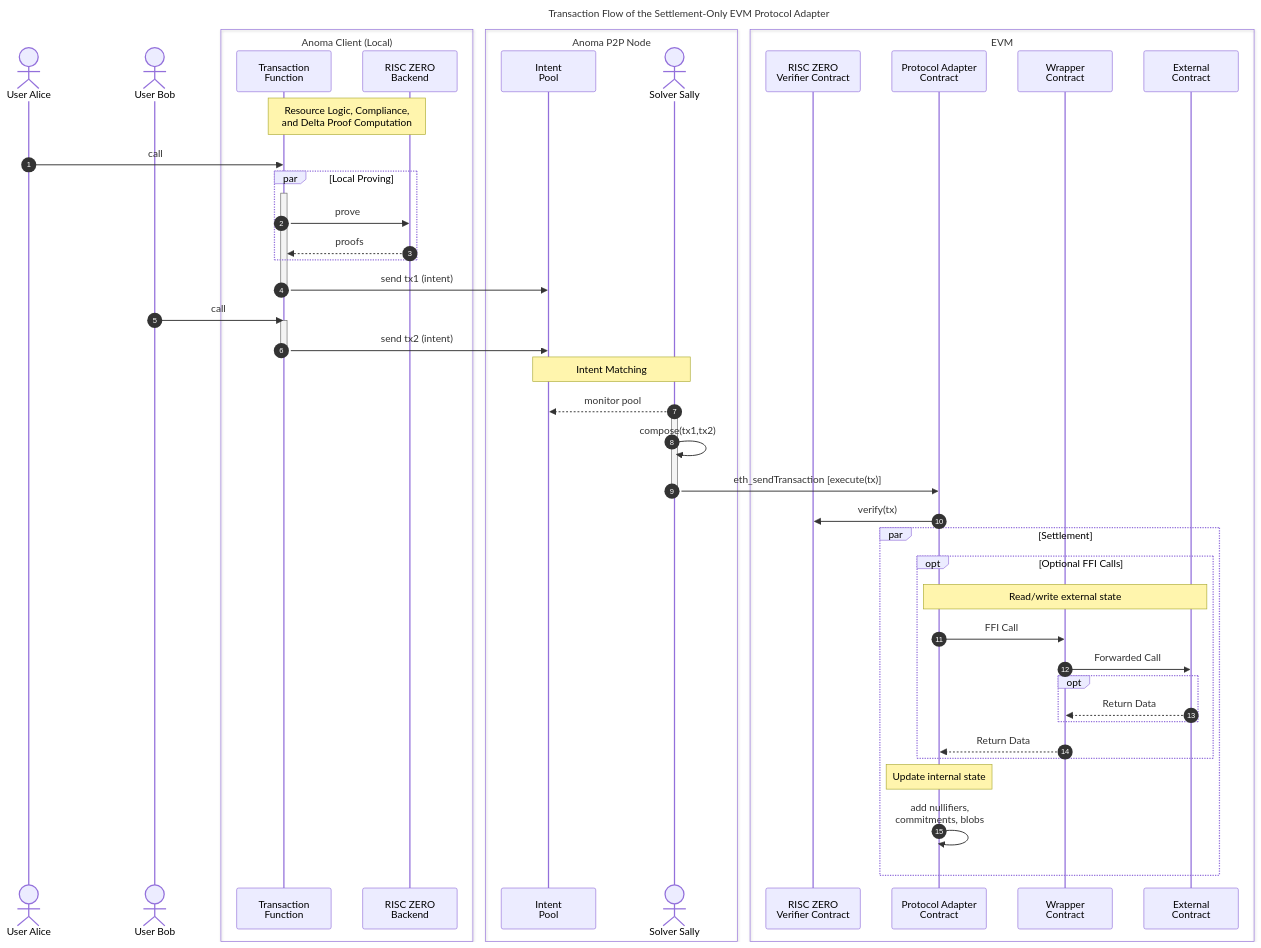
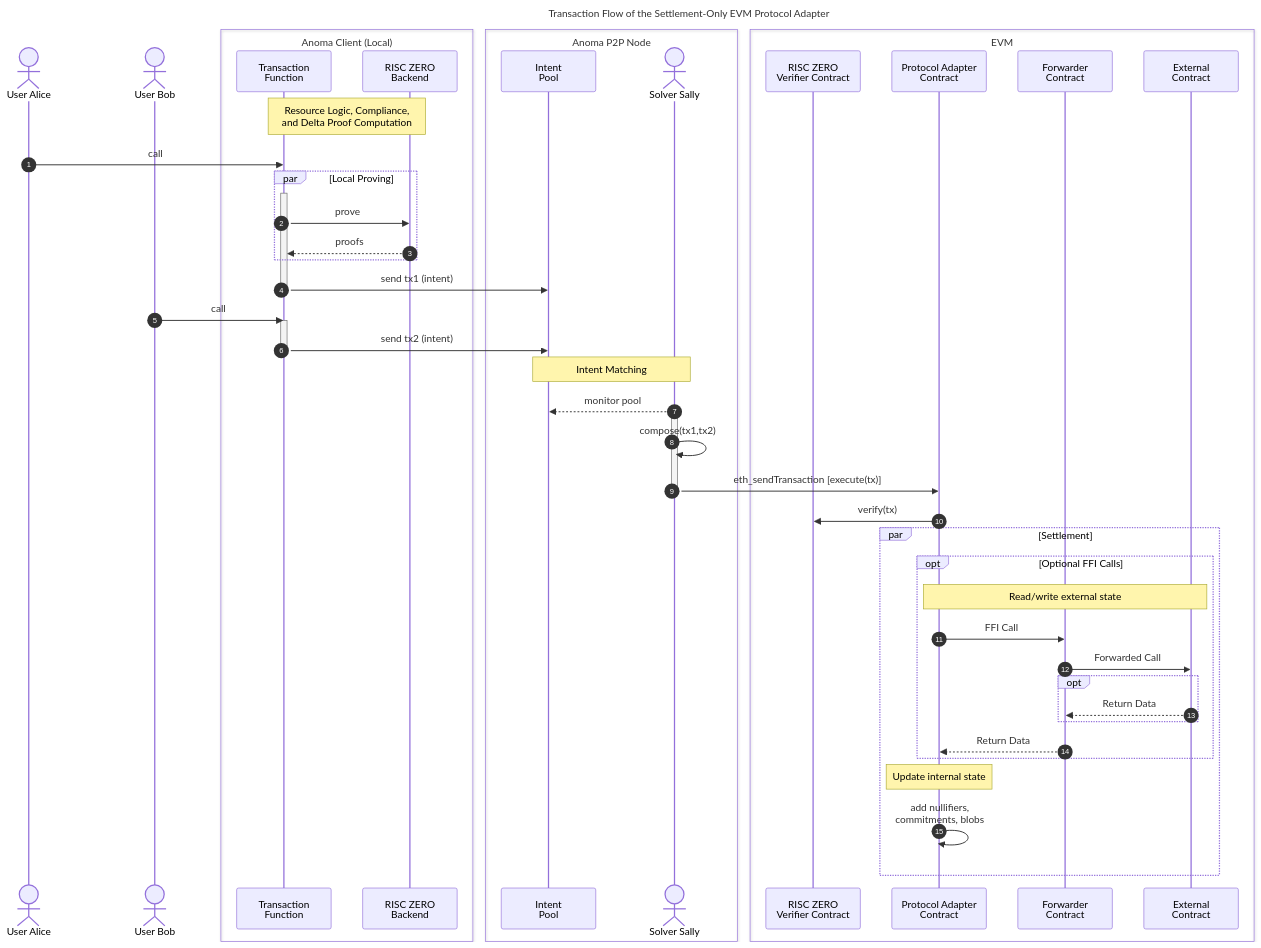
Before and after one commit to anoma/nspec: the second of 2 diagrams in docs/arch/integrations/adapters/evm.md, drawn with Mermaid. The commit also changed other lines of this file, not shown here.

````diff
--- a/docs/arch/integrations/adapters/evm.md
+++ b/docs/arch/integrations/adapters/evm.md
@@ -273,69 +272,69 @@
 ```mermaid
 sequenceDiagram
   autonumber
   title: Transaction Flow of the Settlement-Only EVM Protocol Adapter
 
 
   actor Alice as User Alice
   actor Bob as User Bob
 
   Note over TF, R0B: Resource Logic, Compliance, <br> and Delta Proof Computation
   box Anoma Client (Local)
     participant TF as Transaction<br>Function
     participant R0B as RISC ZERO<br>Backend
   end
 
   Alice ->> TF: call
 
   par Local Proving
   activate TF
     TF ->> R0B: prove
     R0B -->> TF: proofs
   end
   TF ->> IP: send tx1 (intent)
   deactivate TF
 
   Bob ->> TF: call
 
   activate TF
     TF ->> IP: send tx2 (intent)
   deactivate TF
 
   Note over IP, Sally: Intent Matching
   box Anoma P2P Node
     participant IP as Intent<br>Pool
     actor Sally as Solver Sally
   end
 
   Sally -->> IP: monitor pool
   activate Sally
     Sally ->> Sally: compose(tx1,tx2)
 
     box EVM
       participant R0V as RISC ZERO<br>Verifier Contract
       participant PA as Protocol Adapter<br>Contract
-      participant Wrapper as Wrapper<br>Contract
+      participant Forwarder as Forwarder<br>Contract
       participant Ext as External<br>Contract
     end
     Sally ->> PA: eth_sendTransaction [execute(tx)]
   deactivate Sally
 
   %%par verify(tx)
   PA ->> R0V: verify(tx)
   %%end
 
   par Settlement
     opt Optional FFI Calls
       Note over PA,Ext: Read/write external state
-      PA ->> Wrapper: FFI Call
-      Wrapper ->> Ext: Forwarded Call
+      PA ->> Forwarder: FFI Call
+      Forwarder ->> Ext: Forwarded Call
       opt
-        Ext -->> Wrapper: Return Data
+        Ext -->> Forwarder: Return Data
       end
-      Wrapper -->> PA: Return Data
+      Forwarder -->> PA: Return Data
     end
     Note over PA: Update internal state
     PA ->> PA: add nullifiers,<br>commitments, blobs
   end
 
 ```
````
